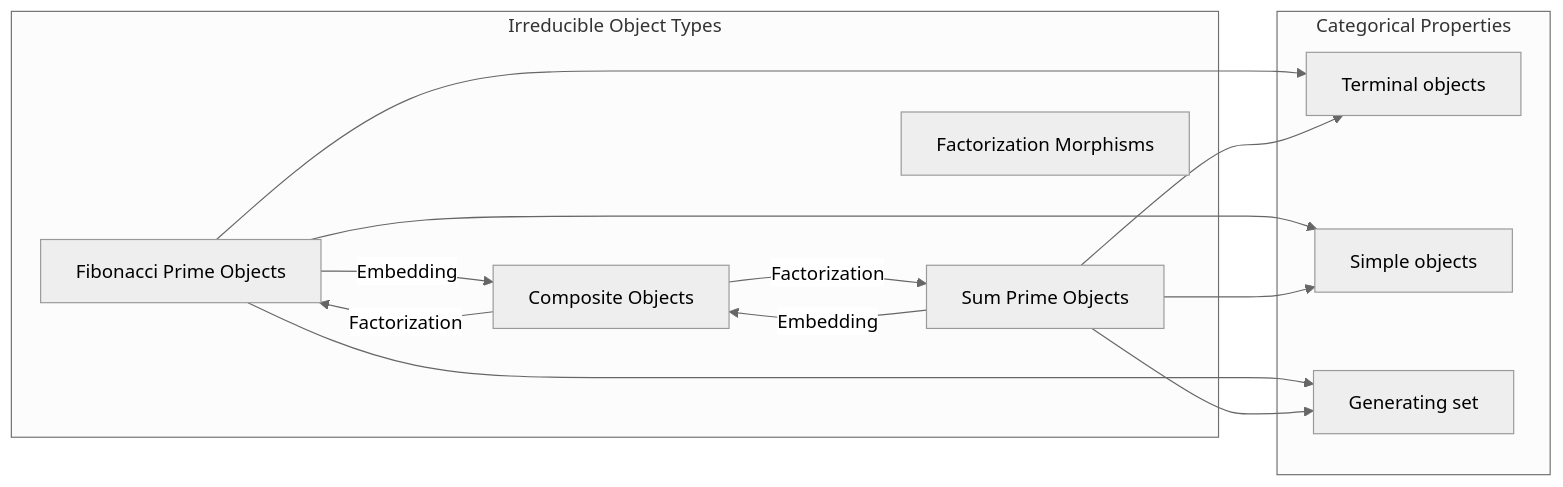
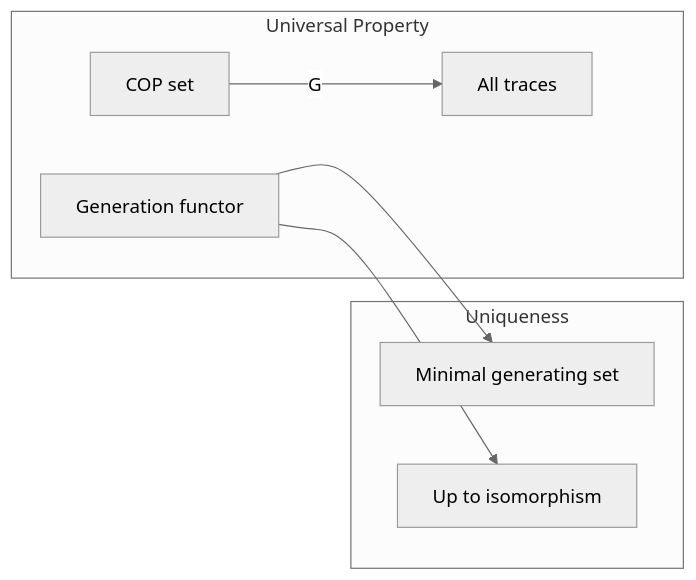
One commit to loning/the-binarymath changed diagram 12 of 13 in docs/codex/volume-01-trace-numbers/chapter-023-prime-trace.md. Above: the diagram before and after it, drawn with Mermaid (neutral theme). The commit also changed other lines of this file and 4 other files, not shown here.

````diff
--- a/docs/codex/volume-01-trace-numbers/chapter-023-prime-trace.md
+++ b/docs/codex/volume-01-trace-numbers/chapter-023-prime-trace.md
@@ -465,23 +541,17 @@
 ```mermaid
 graph LR
-    subgraph "Irreducible Object Types"
-        FIBONACCI["Fibonacci Prime Objects"]
-        SUM["Sum Prime Objects"]
-        COMPOSITE["Composite Objects"]
+    subgraph "Universal Property"
+        COP["COP set"]
+        GEN["Generation functor"]
+        TRACES["All traces"]
         
-        MORPHISMS["Factorization Morphisms"]
-        
-        FIBONACCI -->|"Embedding"| COMPOSITE
-        SUM -->|"Embedding"| COMPOSITE
-        COMPOSITE -->|"Factorization"| FIBONACCI
-        COMPOSITE -->|"Factorization"| SUM
+        COP -->|"G"| TRACES
     end
     
-    subgraph "Categorical Properties"
-        TERMINAL["Terminal objects"]
-        SIMPLE["Simple objects"]
-        GENERATOR["Generating set"]
+    subgraph "Uniqueness"
+        MIN["Minimal generating set"]
+        UNIQUE["Up to isomorphism"]
         
-        FIBONACCI & SUM --> TERMINAL & SIMPLE & GENERATOR
+        GEN --> MIN & UNIQUE
     end
 ```
````
